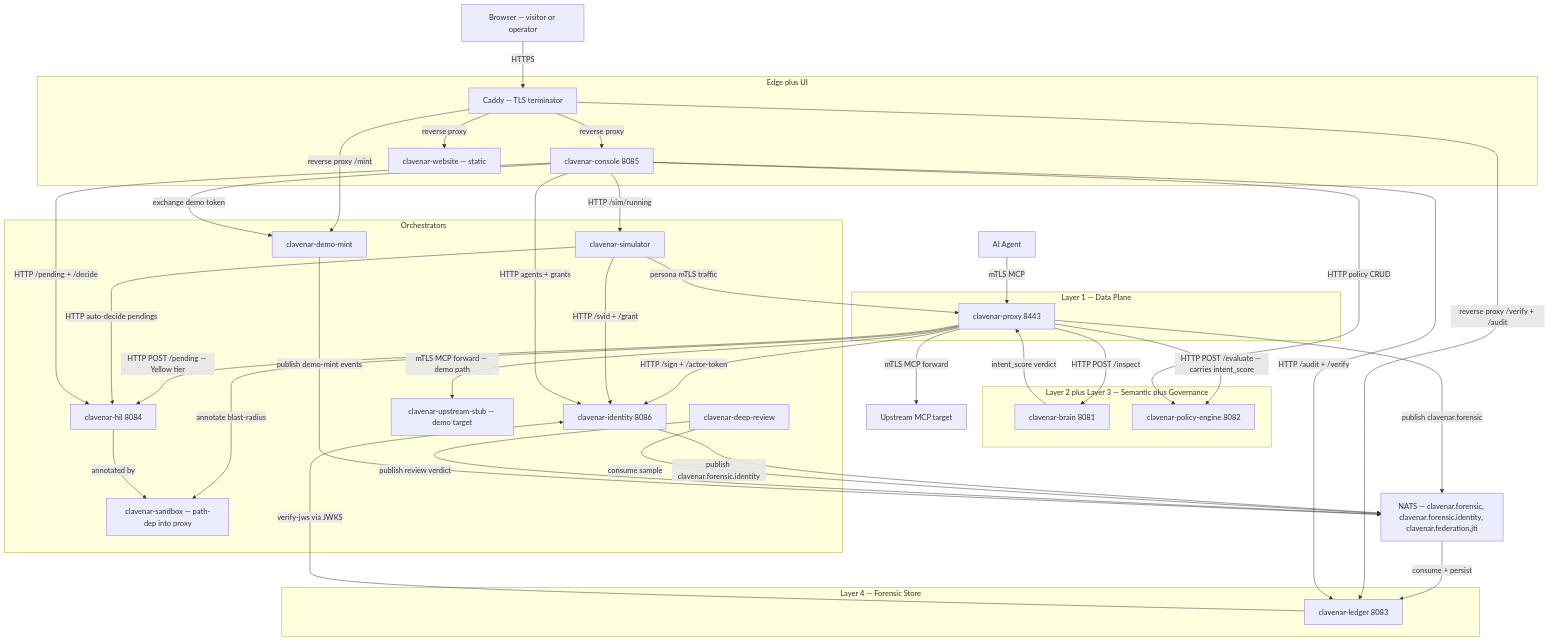
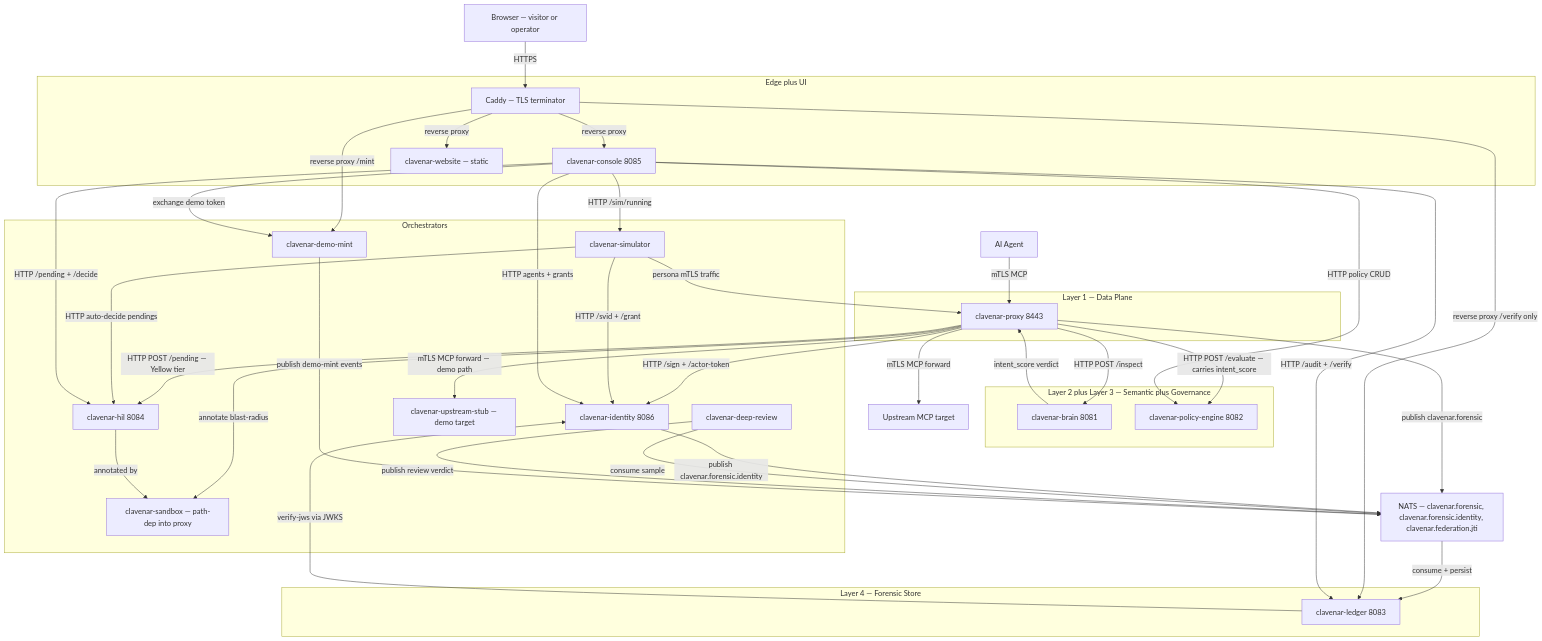
Before and after one commit to clavenar/clavenar-specs: the second of 5 diagrams in docs/ARCHITECTURE.md, drawn with Mermaid. The commit also changed other lines of this file and 1 other file, not shown here.

````diff
--- a/docs/ARCHITECTURE.md
+++ b/docs/ARCHITECTURE.md
@@ -70,75 +70,75 @@
 ```mermaid
 flowchart TD
   Agent[AI Agent]
   Upstream[Upstream MCP target]
   Browser[Browser — visitor or operator]
 
   subgraph L1[Layer 1 — Data Plane]
     Proxy[clavenar-proxy 8443]
   end
 
   subgraph L2L3[Layer 2 plus Layer 3 — Semantic plus Governance]
     Brain[clavenar-brain 8081]
     Policy[clavenar-policy-engine 8082]
   end
 
   subgraph L4[Layer 4 — Forensic Store]
     Ledger[clavenar-ledger 8083]
   end
 
   Bus[NATS — clavenar.forensic, clavenar.forensic.identity, clavenar.federation.jti]
 
   subgraph Orch[Orchestrators]
     HIL[clavenar-hil 8084]
     Identity[clavenar-identity 8086]
     Sandbox[clavenar-sandbox — path-dep into proxy]
     DeepReview[clavenar-deep-review]
     DemoMint[clavenar-demo-mint]
     Simulator[clavenar-simulator]
     UpstreamStub[clavenar-upstream-stub — demo target]
   end
 
   subgraph Edge[Edge plus UI]
     Caddy[Caddy — TLS terminator]
     Console[clavenar-console 8085]
     Website[clavenar-website — static]
   end
 
   Agent -->|mTLS MCP| Proxy
   Proxy -->|HTTP POST /inspect| Brain
   Brain -->|intent_score verdict| Proxy
   Proxy -->|HTTP POST /evaluate — carries intent_score| Policy
   Proxy -->|HTTP POST /pending — Yellow tier| HIL
   Proxy -->|HTTP /sign + /actor-token| Identity
   Proxy -->|annotate blast-radius| Sandbox
   Proxy -->|mTLS MCP forward| Upstream
   Proxy -->|mTLS MCP forward — demo path| UpstreamStub
   Proxy -->|publish clavenar.forensic| Bus
 
   Bus -->|consume + persist| Ledger
   Ledger -->|verify-jws via JWKS| Identity
   Identity -->|publish clavenar.forensic.identity| Bus
 
   HIL -->|annotated by| Sandbox
   DeepReview -->|consume sample| Bus
   DeepReview -->|publish review verdict| Bus
 
   Simulator -->|persona mTLS traffic| Proxy
   Simulator -->|HTTP /svid + /grant| Identity
   Simulator -->|HTTP auto-decide pendings| HIL
 
   Browser -->|HTTPS| Caddy
   Caddy -->|reverse proxy| Console
   Caddy -->|reverse proxy| Website
-  Caddy -->|reverse proxy /verify + /audit| Ledger
+  Caddy -->|reverse proxy /verify only| Ledger
   Caddy -->|reverse proxy /mint| DemoMint
 
   Console -->|HTTP /audit + /verify| Ledger
   Console -->|HTTP /pending + /decide| HIL
   Console -->|HTTP policy CRUD| Policy
   Console -->|HTTP agents + grants| Identity
   Console -->|HTTP /sim/running| Simulator
   Console -->|exchange demo token| DemoMint
 
   DemoMint -->|publish demo-mint events| Bus
 ```
````
